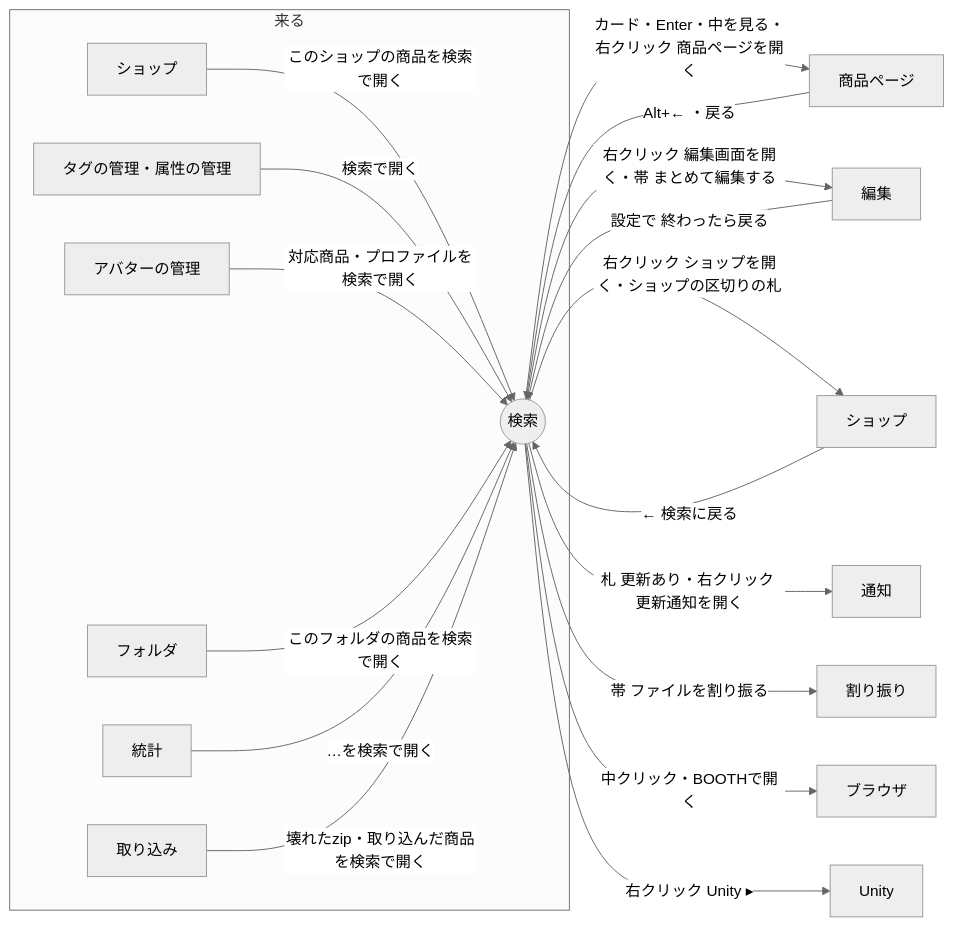
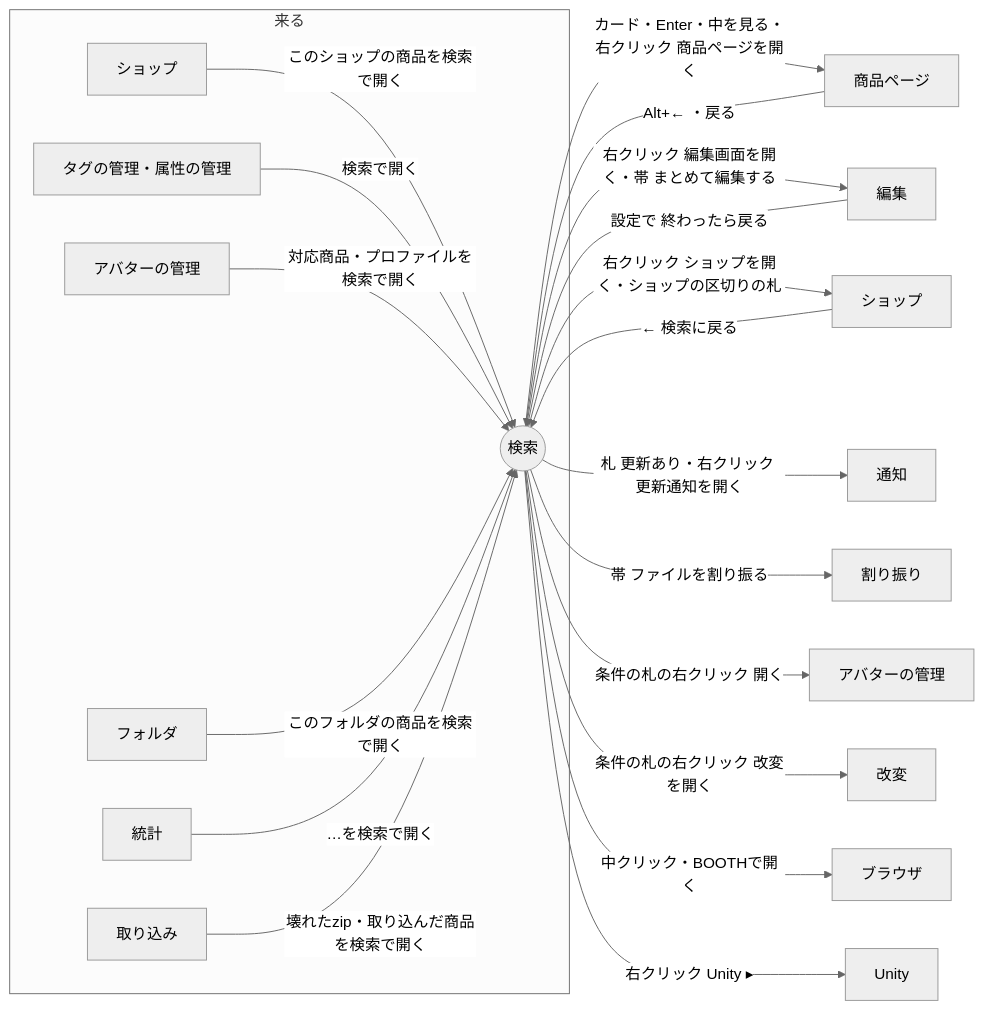
Before and after one commit to kumo-mayu/chmonos: the diagram in docs/dev/ui-paths/search.md, drawn with Mermaid (neutral theme). The commit also changed other lines of this file and 8 other files, not shown here.

````diff
--- a/docs/dev/ui-paths/search.md
+++ b/docs/dev/ui-paths/search.md
@@ -75,22 +76,24 @@
 ```mermaid
 flowchart LR
   subgraph 来る
     Shop1[ショップ] -->|このショップの商品を検索で開く| S
     Tag[タグの管理・属性の管理] -->|検索で開く| S
     Av[アバターの管理] -->|対応商品・プロファイルを検索で開く| S
     Fo[フォルダ] -->|このフォルダの商品を検索で開く| S
     St[統計] -->|…を検索で開く| S
     Im[取り込み] -->|壊れたzip・取り込んだ商品を検索で開く| S
   end
   S((検索))
   S -->|カード・Enter・中を見る・右クリック 商品ページを開く| Item[商品ページ]
   S -->|右クリック 編集画面を開く・帯 まとめて編集する| Edit[編集]
   S -->|右クリック ショップを開く・ショップの区切りの札| Shop[ショップ]
   S -->|札 更新あり・右クリック 更新通知を開く| Inbox[通知]
   S -->|帯 ファイルを割り振る| Assign[割り振り]
+  S -->|条件の札の右クリック 開く| Avs[アバターの管理]
+  S -->|条件の札の右クリック 改変を開く| Hub[改変]
   S -->|中クリック・BOOTHで開く| Web[ブラウザ]
   S -->|右クリック Unity ▸| Unity[Unity]
   Item -->|Alt+← ・戻る| S
   Edit -->|設定で 終わったら戻る| S
   Shop -->|← 検索に戻る| S
 ```
````
